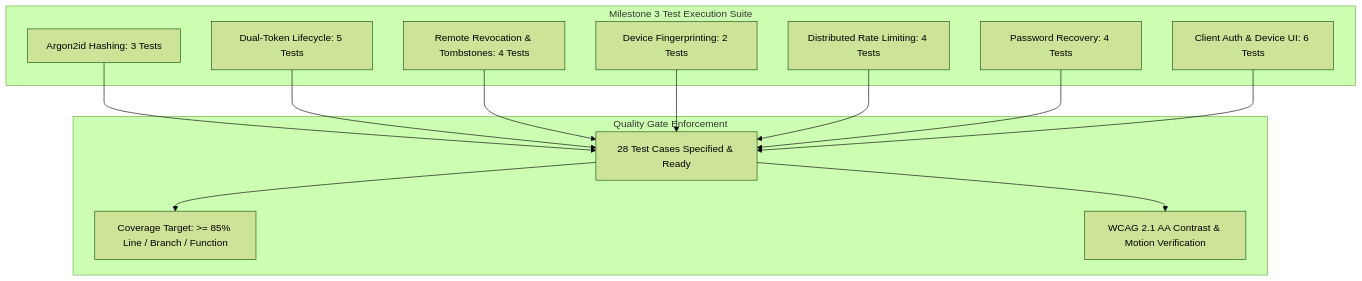
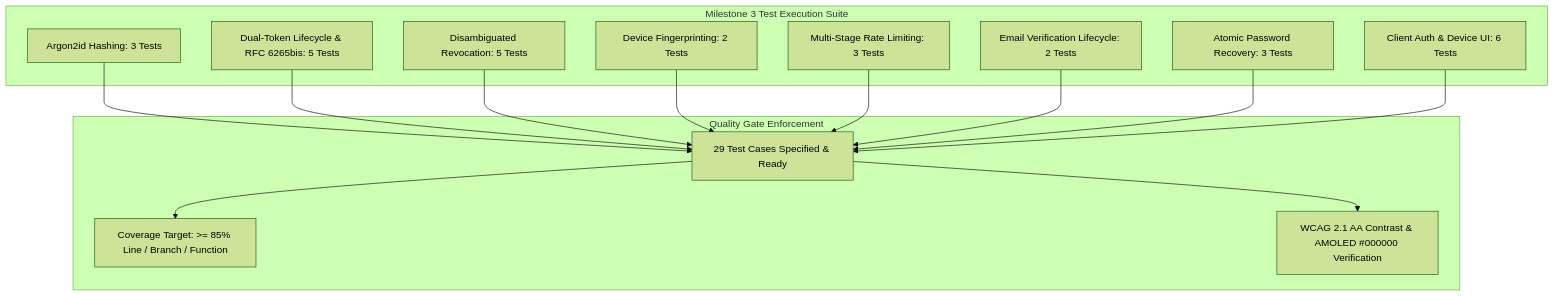
Before and after one commit to hrutavmodha/smex-store: the diagram in docs/internal/testing/llt/auth-and-sessions.md, drawn with Mermaid (forest theme). The commit also changed other lines of this file and 25 other files, not shown here.

````diff
--- a/docs/internal/testing/llt/auth-and-sessions.md
+++ b/docs/internal/testing/llt/auth-and-sessions.md
@@ -17,28 +17,30 @@
 ```mermaid
 flowchart TD
     subgraph TestSuite["Milestone 3 Test Execution Suite"]
         TC_ARGON["Argon2id Hashing: 3 Tests"]
-        TC_TOKEN["Dual-Token Lifecycle: 5 Tests"]
-        TC_REVOKE["Remote Revocation & Tombstones: 4 Tests"]
+        TC_TOKEN["Dual-Token Lifecycle & RFC 6265bis: 5 Tests"]
+        TC_REVOKE["Disambiguated Revocation: 5 Tests"]
         TC_FINGER["Device Fingerprinting: 2 Tests"]
-        TC_RATE["Distributed Rate Limiting: 4 Tests"]
-        TC_RECOVERY["Password Recovery: 4 Tests"]
+        TC_RATE["Multi-Stage Rate Limiting: 3 Tests"]
+        TC_EMAIL["Email Verification Lifecycle: 2 Tests"]
+        TC_RECOVERY["Atomic Password Recovery: 3 Tests"]
         TC_UI["Client Auth & Device UI: 6 Tests"]
     end
 
     subgraph QualityGate["Quality Gate Enforcement"]
-        READY["28 Test Cases Specified & Ready"]
+        READY["29 Test Cases Specified & Ready"]
         COV["Coverage Target: >= 85% Line / Branch / Function"]
-        A11Y["WCAG 2.1 AA Contrast & Motion Verification"]
+        A11Y["WCAG 2.1 AA Contrast & AMOLED #000000 Verification"]
     end
 
     TC_ARGON --> READY
     TC_TOKEN --> READY
     TC_REVOKE --> READY
     TC_FINGER --> READY
     TC_RATE --> READY
+    TC_EMAIL --> READY
     TC_RECOVERY --> READY
     TC_UI --> READY
     READY --> COV
     READY --> A11Y
 ```
````
